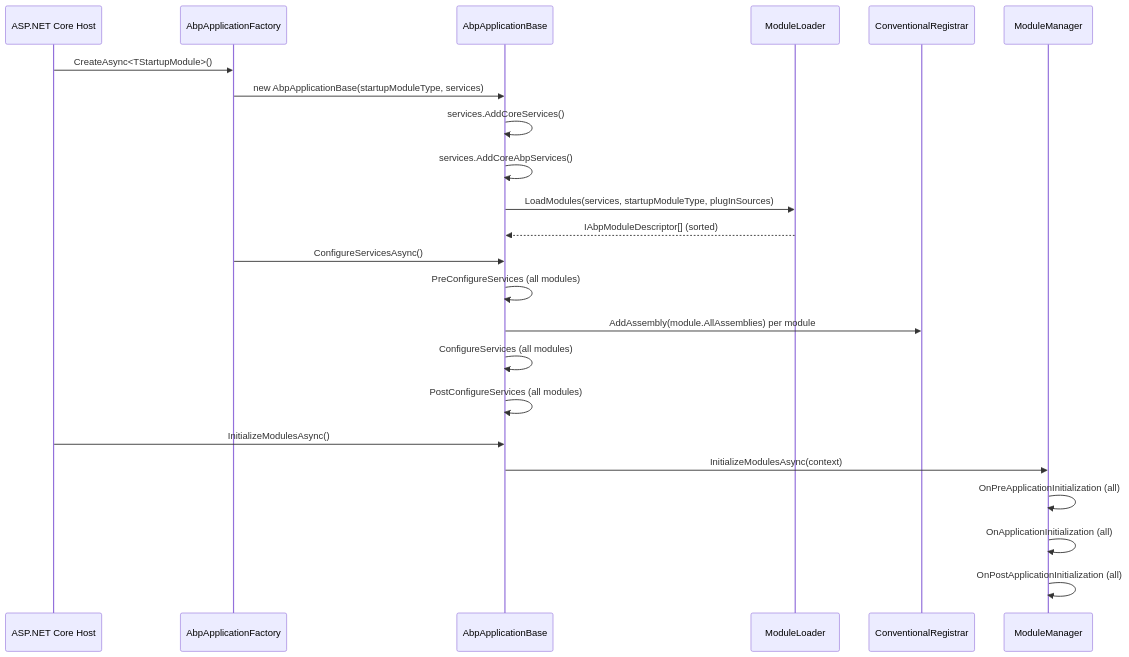
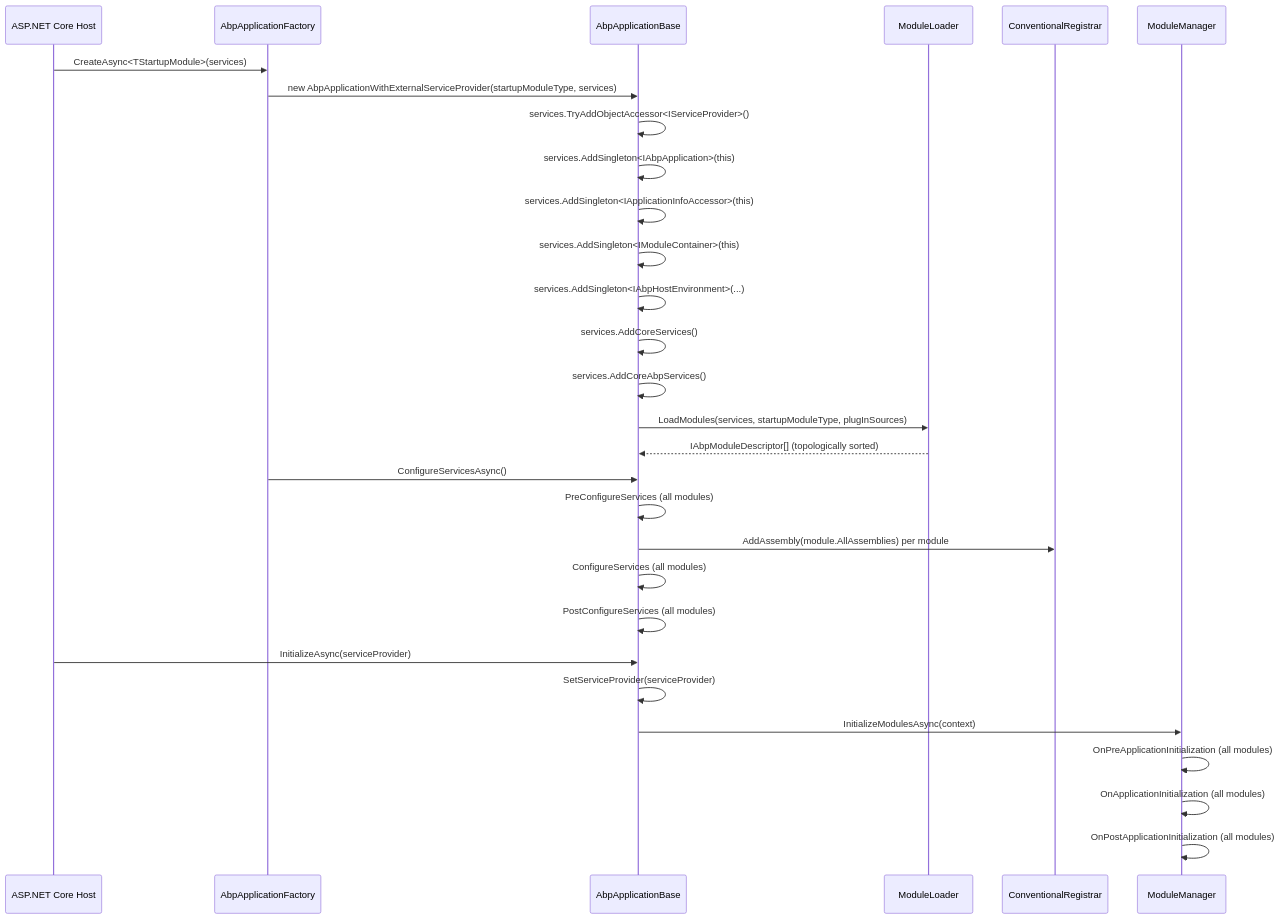
One commit to mintlify-atlas/docs-wiki-a1b1ff33 changed the second of 4 diagrams in architecture-overview.mdx. Above: the diagram before and after it, drawn with Mermaid. The commit also changed other lines of this file and 51 other files, not shown here.

````diff
--- a/architecture-overview.mdx
+++ b/architecture-overview.mdx
@@ -71,26 +106,32 @@
 ```mermaid
 sequenceDiagram
     participant Host as ASP.NET Core Host
     participant Factory as AbpApplicationFactory
     participant App as AbpApplicationBase
     participant ML as ModuleLoader
     participant Reg as ConventionalRegistrar
     participant MM as ModuleManager
 
-    Host->>Factory: CreateAsync<TStartupModule>()
-    Factory->>App: new AbpApplicationBase(startupModuleType, services)
+    Host->>Factory: CreateAsync<TStartupModule>(services)
+    Factory->>App: new AbpApplicationWithExternalServiceProvider(startupModuleType, services)
+    App->>App: services.TryAddObjectAccessor<IServiceProvider>()
+    App->>App: services.AddSingleton<IAbpApplication>(this)
+    App->>App: services.AddSingleton<IApplicationInfoAccessor>(this)
+    App->>App: services.AddSingleton<IModuleContainer>(this)
+    App->>App: services.AddSingleton<IAbpHostEnvironment>(...)
     App->>App: services.AddCoreServices()
     App->>App: services.AddCoreAbpServices()
     App->>ML: LoadModules(services, startupModuleType, plugInSources)
-    ML-->>App: IAbpModuleDescriptor[] (sorted)
+    ML-->>App: IAbpModuleDescriptor[] (topologically sorted)
     Factory->>App: ConfigureServicesAsync()
     App->>App: PreConfigureServices (all modules)
     App->>Reg: AddAssembly(module.AllAssemblies) per module
     App->>App: ConfigureServices (all modules)
     App->>App: PostConfigureServices (all modules)
-    Host->>App: InitializeModulesAsync()
+    Host->>App: InitializeAsync(serviceProvider)
+    App->>App: SetServiceProvider(serviceProvider)
     App->>MM: InitializeModulesAsync(context)
-    MM->>MM: OnPreApplicationInitialization (all)
-    MM->>MM: OnApplicationInitialization (all)
-    MM->>MM: OnPostApplicationInitialization (all)
+    MM->>MM: OnPreApplicationInitialization (all modules)
+    MM->>MM: OnApplicationInitialization (all modules)
+    MM->>MM: OnPostApplicationInitialization (all modules)
 ```
````
